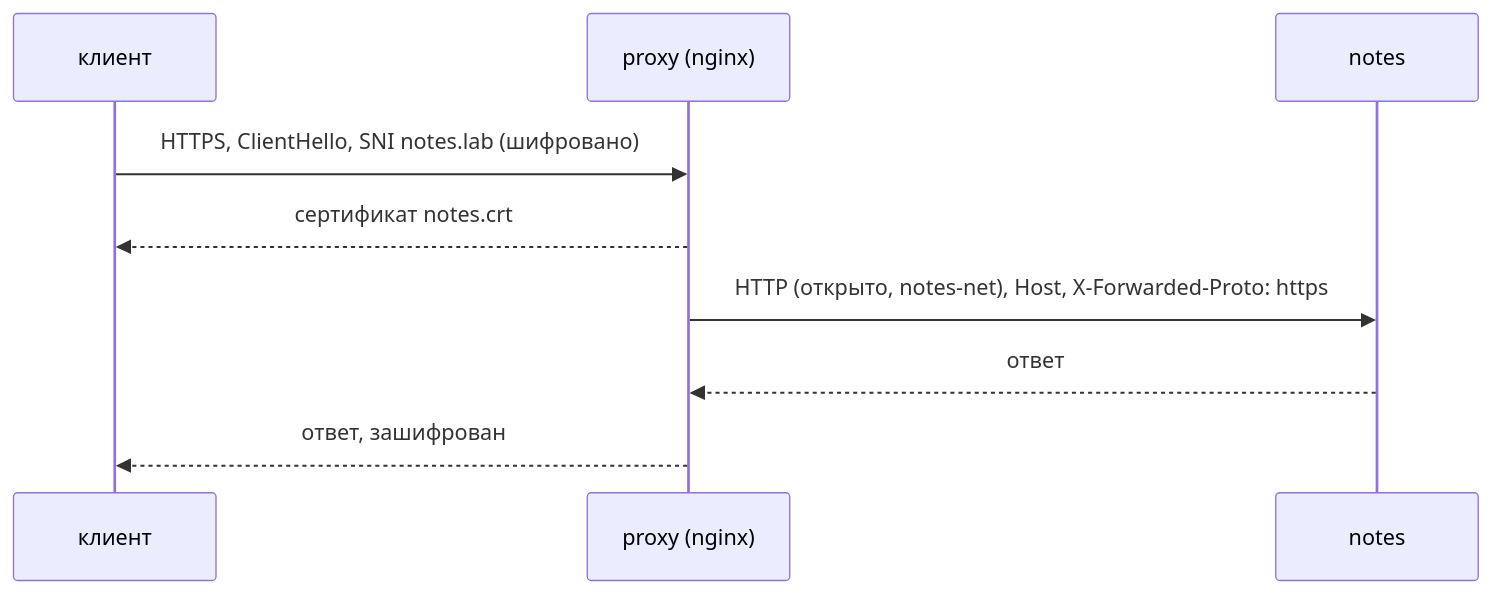
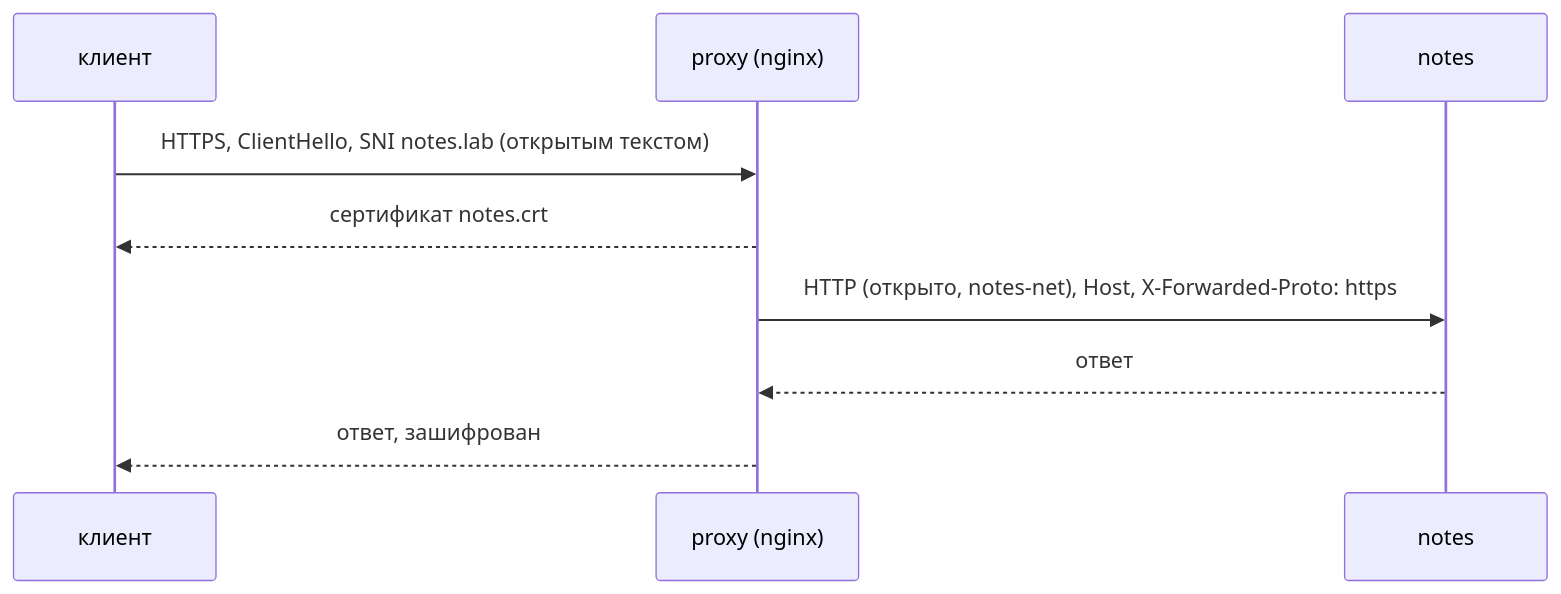
Before and after one commit to distinguished-sre/learning: the fifth of 6 diagrams in devops/04-docker/06-compose-nginx-tls.md, drawn with Mermaid. The commit also changed other lines of this file and 346 other files, not shown here.

````diff
--- a/devops/04-docker/06-compose-nginx-tls.md
+++ b/devops/04-docker/06-compose-nginx-tls.md
@@ -263,11 +272,11 @@
 ```mermaid
 sequenceDiagram
     participant C as клиент
     participant P as proxy (nginx)
     participant N as notes
-    C->>P: HTTPS, ClientHello, SNI notes.lab (шифровано)
+    C->>P: HTTPS, ClientHello, SNI notes.lab (открытым текстом)
     P-->>C: сертификат notes.crt
     P->>N: HTTP (открыто, notes-net), Host, X-Forwarded-Proto: https
     N-->>P: ответ
     P-->>C: ответ, зашифрован
 ```
````
